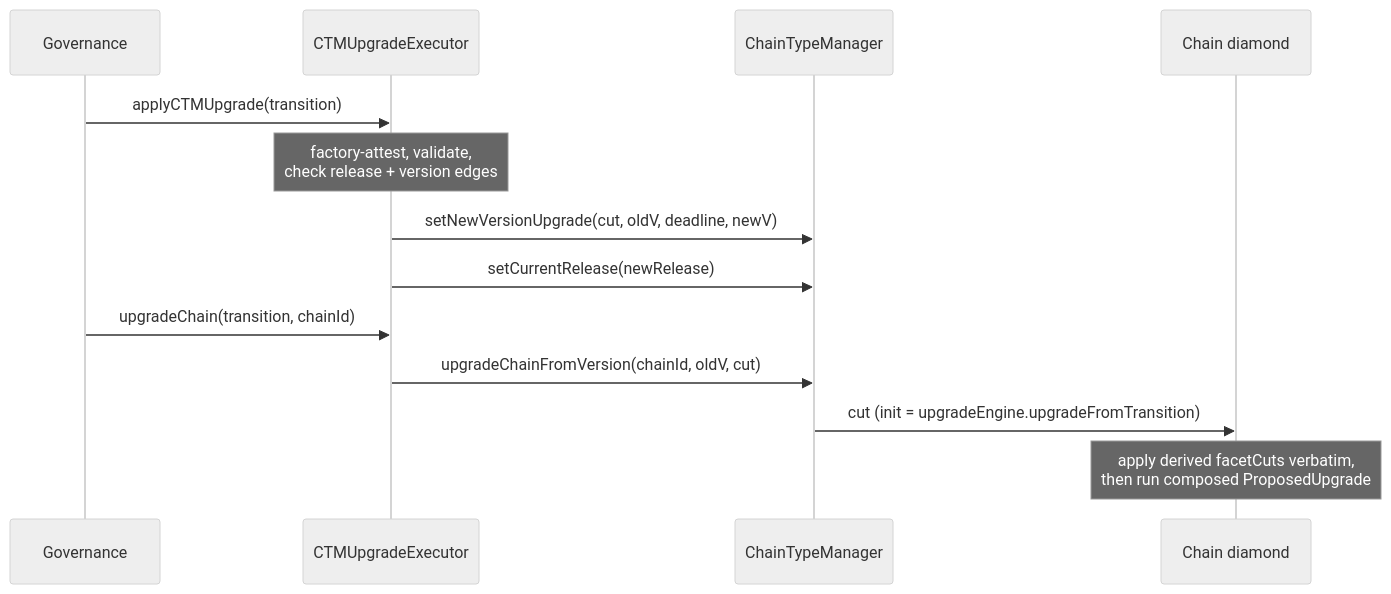
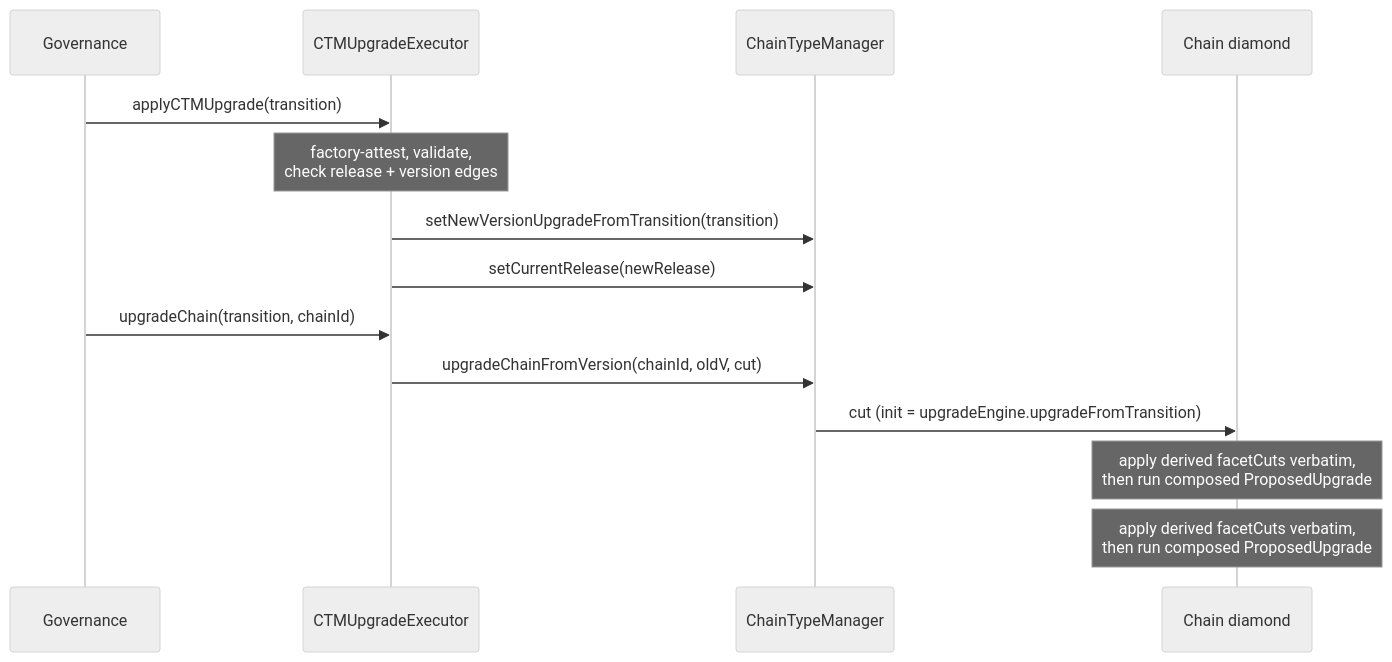
One commit to matter-labs/era-contracts changed the second of 2 diagrams in docs/registry-driven-upgrades.md. Above: the diagram before and after it, drawn with Mermaid (neutral theme). The commit also changed other lines of this file and 8 other files, not shown here.

````diff
--- a/docs/registry-driven-upgrades.md
+++ b/docs/registry-driven-upgrades.md
@@ -153,16 +157,17 @@
 ```mermaid
 sequenceDiagram
     participant G as Governance
     participant E as CTMUpgradeExecutor
     participant C as ChainTypeManager
     participant D as Chain diamond
 
     G->>E: applyCTMUpgrade(transition)
     Note over E: factory-attest, validate,<br/>check release + version edges
-    E->>C: setNewVersionUpgrade(cut, oldV, deadline, newV)
+    E->>C: setNewVersionUpgradeFromTransition(transition)
     E->>C: setCurrentRelease(newRelease)
     G->>E: upgradeChain(transition, chainId)
     E->>C: upgradeChainFromVersion(chainId, oldV, cut)
     C->>D: cut (init = upgradeEngine.upgradeFromTransition)
     Note over D: apply derived facetCuts verbatim,<br/>then run composed ProposedUpgrade
+    Note over D: apply derived facetCuts verbatim,<br/>then run composed ProposedUpgrade
 ```
````
